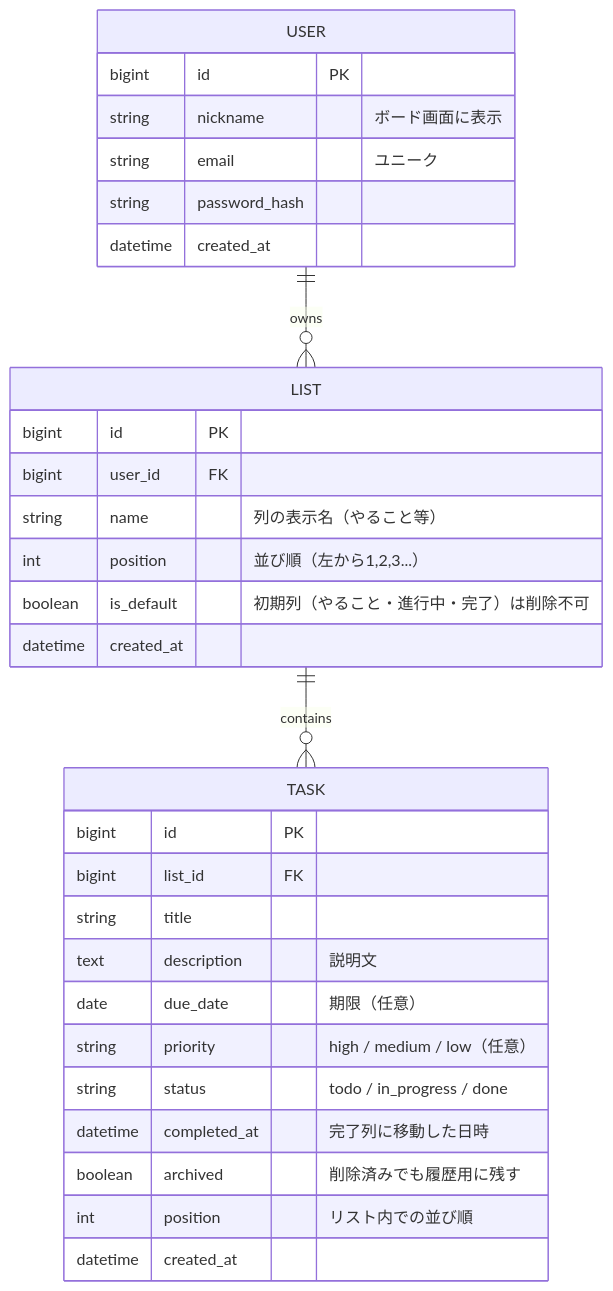
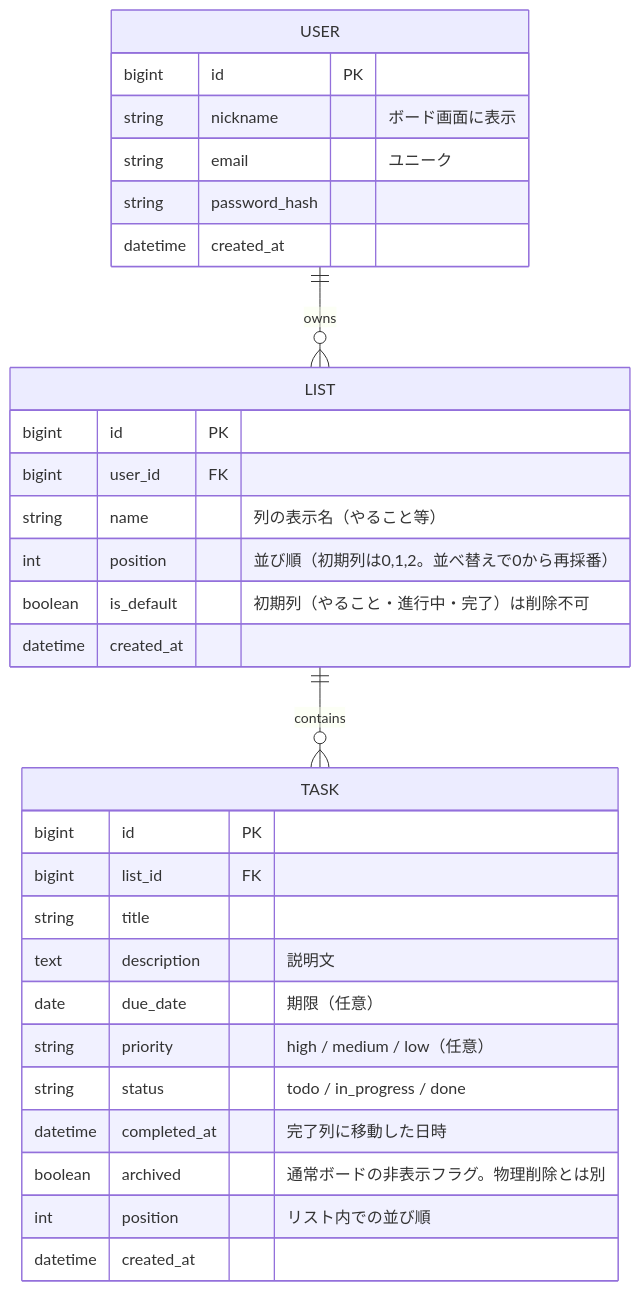
Before and after one commit to yamamotonaoki3/TaskManagement: the diagram in docs/details/data-model.md, drawn with Mermaid. The commit also changed other lines of this file and 16 other files, not shown here.

````diff
--- a/docs/details/data-model.md
+++ b/docs/details/data-model.md
@@ -44,34 +44,34 @@
 ```mermaid
 erDiagram
     USER ||--o{ LIST : owns
     LIST ||--o{ TASK : contains
 
     USER {
         bigint id PK
         string nickname "ボード画面に表示"
         string email "ユニーク"
         string password_hash
         datetime created_at
     }
     LIST {
         bigint id PK
         bigint user_id FK
         string name "列の表示名（やること等）"
-        int position "並び順（左から1,2,3...）"
+        int position "並び順（初期列は0,1,2。並べ替えで0から再採番）"
         boolean is_default "初期列（やること・進行中・完了）は削除不可"
         datetime created_at
     }
     TASK {
         bigint id PK
         bigint list_id FK
         string title
         text description "説明文"
         date due_date "期限（任意）"
         string priority "high / medium / low（任意）"
         string status "todo / in_progress / done"
         datetime completed_at "完了列に移動した日時"
-        boolean archived "削除済みでも履歴用に残す"
+        boolean archived "通常ボードの非表示フラグ。物理削除とは別"
         int position "リスト内での並び順"
         datetime created_at
     }
 ```
````
